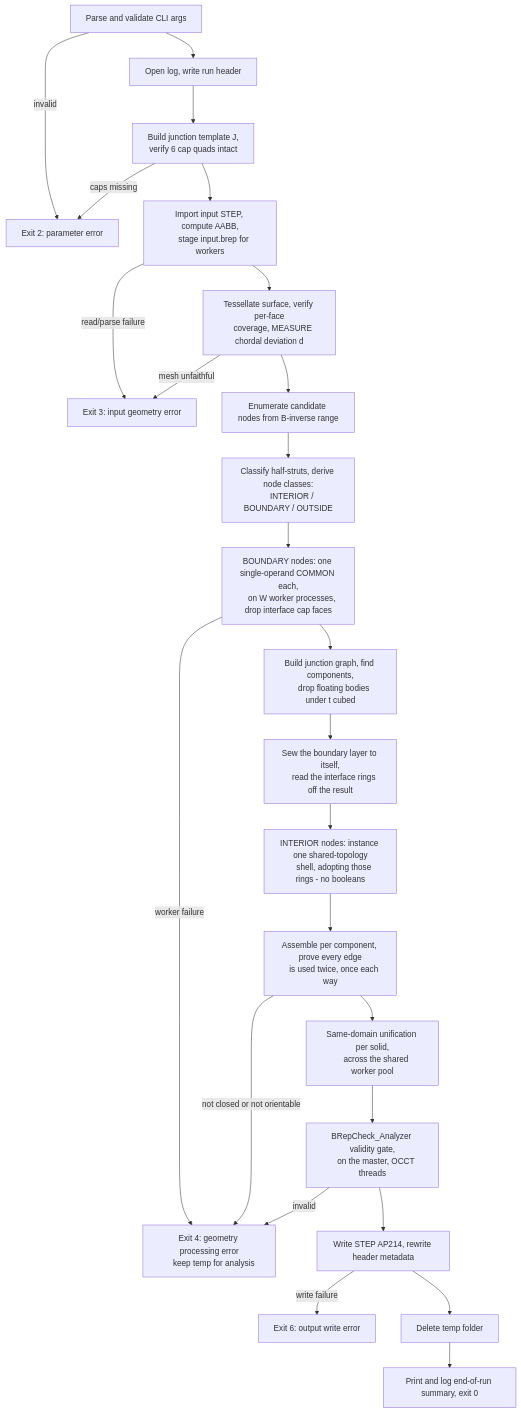
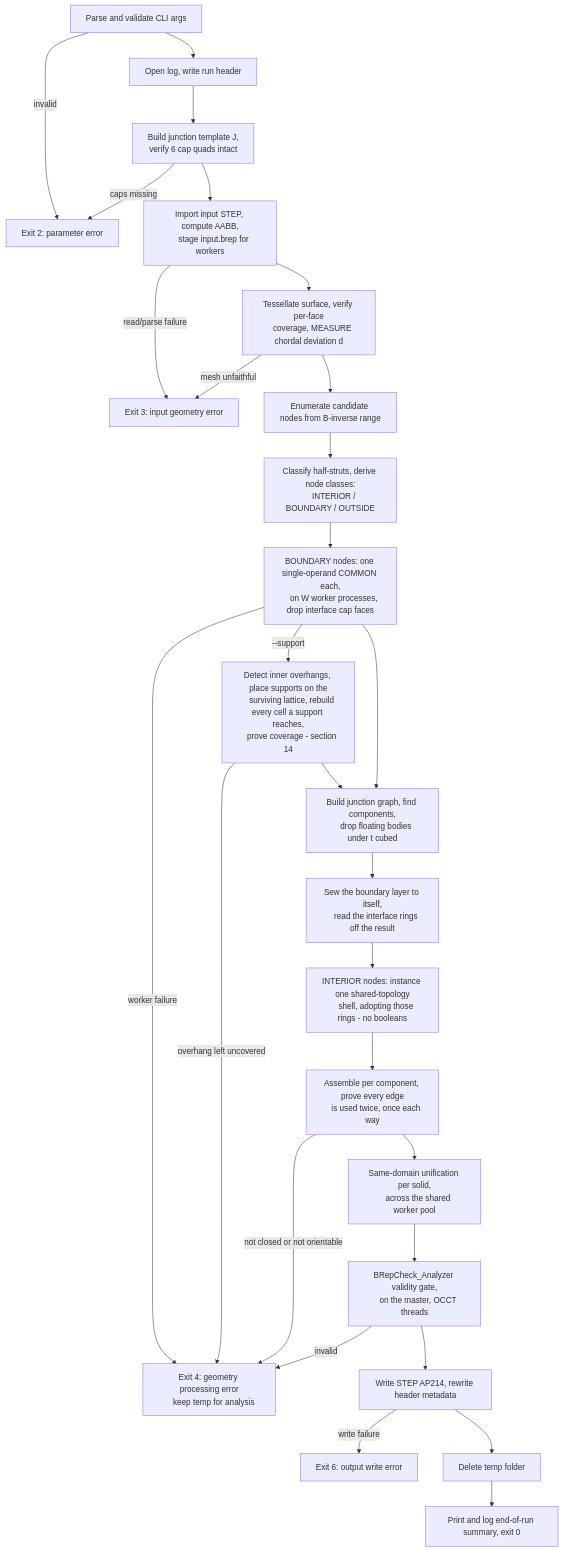
One commit to arnego/latticegen2 changed the first of 2 diagrams in docs/algorithm.md. Above: the diagram before and after it, drawn with Mermaid. The commit also changed other lines of this file and 36 other files, not shown here.

````diff
--- a/docs/algorithm.md
+++ b/docs/algorithm.md
@@ -198,39 +203,44 @@
 ```mermaid
 flowchart TD
     A[Parse and validate CLI args] -->|invalid| E1[Exit 2: parameter error]
     A --> B[Open log, write run header]
     B --> C[Build junction template J,
     verify 6 cap quads intact]
     C -->|caps missing| E1
     C --> D[Import input STEP, compute AABB,
     stage input.brep for workers]
     D -->|read/parse failure| E2[Exit 3: input geometry error]
     D --> F[Tessellate surface, verify per-face
     coverage, MEASURE chordal deviation d]
     F -->|mesh unfaithful| E2
     F --> G[Enumerate candidate nodes from B-inverse range]
     G --> H[Classify half-struts, derive node classes:
     INTERIOR / BOUNDARY / OUTSIDE]
     H --> I[BOUNDARY nodes: one single-operand COMMON each,
     on W worker processes, drop interface cap faces]
     I -->|worker failure| E3[Exit 4: geometry processing error
     keep temp for analysis]
+    I -->|--support| SU[Detect inner overhangs, place supports on the
+    surviving lattice, rebuild every cell a support reaches,
+    prove coverage - section 14]
+    SU -->|overhang left uncovered| E3
+    SU --> J
     I --> J[Build junction graph, find components,
     drop floating bodies under t cubed]
     J --> K[Sew the boundary layer to itself,
     read the interface rings off the result]
     K --> L[INTERIOR nodes: instance one shared-topology
     shell, adopting those rings - no booleans]
     L --> M0[Assemble per component, prove every edge
     is used twice, once each way]
     M0 -->|not closed or not orientable| E3
     M0 --> S[Same-domain unification per solid,
     across the shared worker pool]
     S --> M[BRepCheck_Analyzer validity gate,
     on the master, OCCT threads]
     M -->|invalid| E3
     M --> N[Write STEP AP214, rewrite header metadata]
     N -->|write failure| E4[Exit 6: output write error]
     N --> P[Delete temp folder]
     P --> Q[Print and log end-of-run summary, exit 0]
 ```
````
